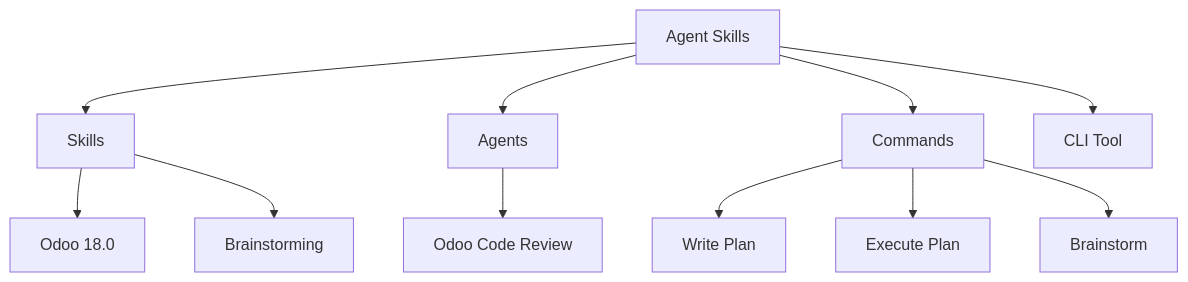
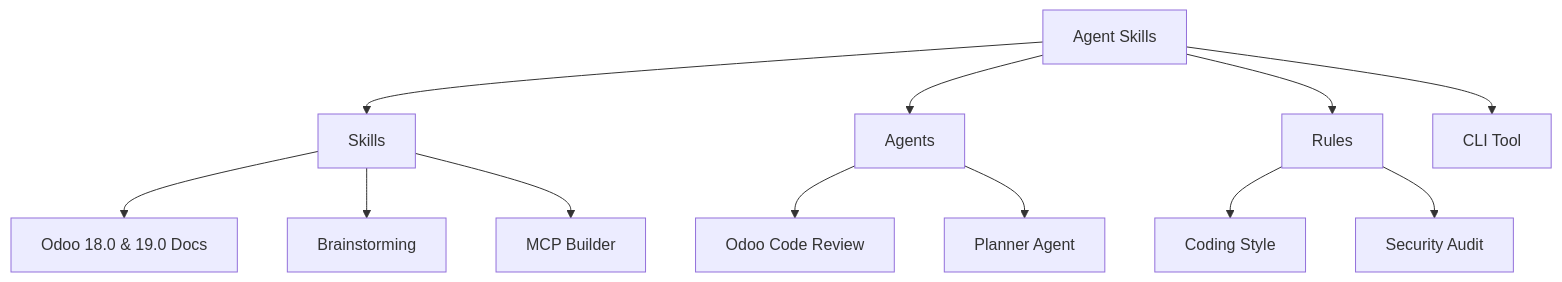
The diagram in README.md (unclecatvn/agent-skills), drawn with Mermaid before and after one commit. The commit also changed other lines of this file and 25 other files, not shown here.

````diff
--- a/README.md
+++ b/README.md
@@ -30,16 +29,17 @@
 ```mermaid
 graph TD
     A[Agent Skills] --> B[Skills]
     A --> C[Agents]
-    A --> D[Commands]
-    A --> E[CLI Tool]
+    A --> E[Rules]
+    A --> F[CLI Tool]
 
-    B --> B1[Odoo 18.0]
+    B --> B1[Odoo 18.0 & 19.0 Docs]
     B --> B2[Brainstorming]
+    B --> B3[MCP Builder]
 
     C --> C1[Odoo Code Review]
+    C --> C2[Planner Agent]
 
-    D --> D1[Write Plan]
-    D --> D2[Execute Plan]
-    D --> D3[Brainstorm]
+    E --> E1[Coding Style]
+    E --> E2[Security Audit]
 ```
````
